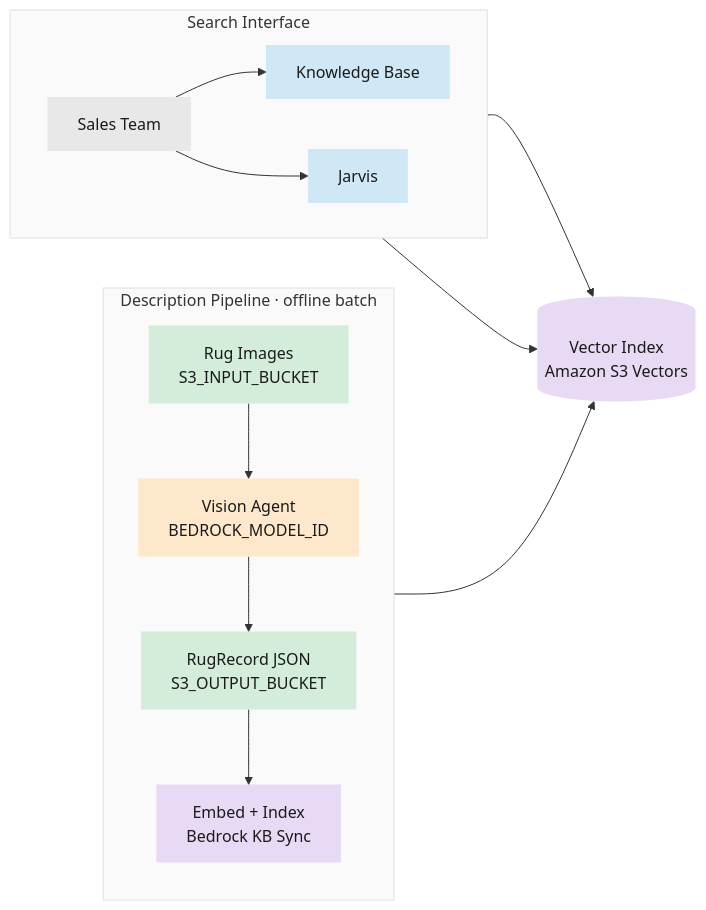
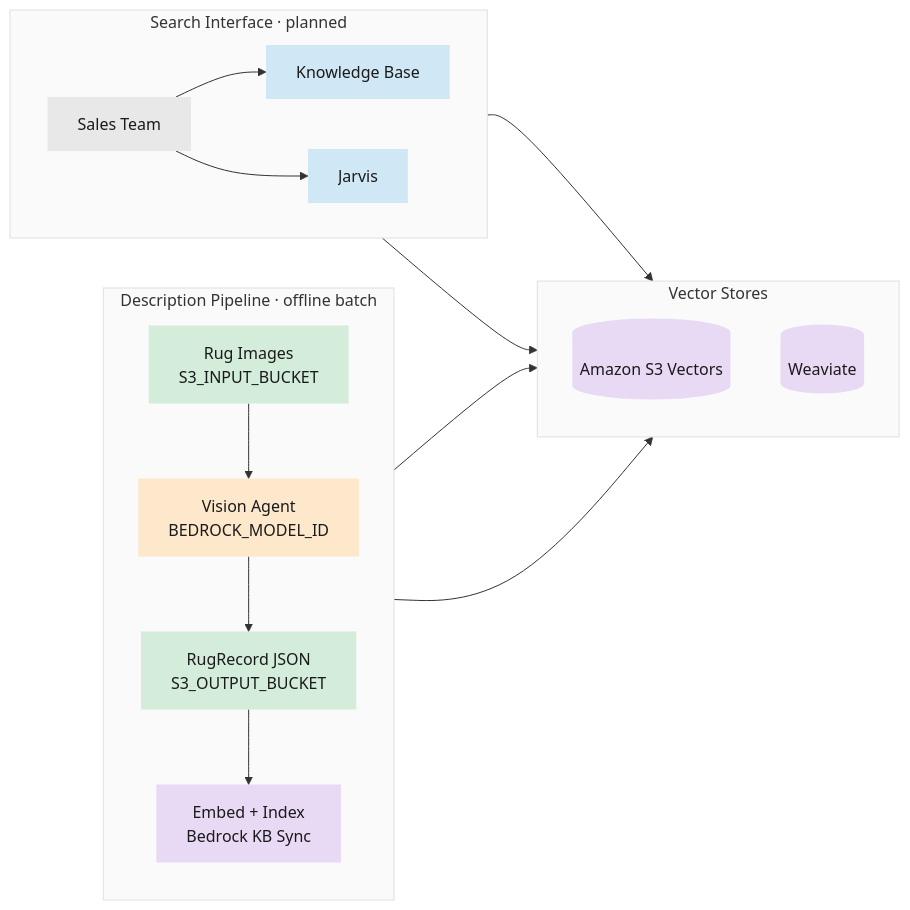
The diagram in docs/architecture.md (c0nfitty/Ascending), drawn with Mermaid before and after one commit. The commit also changed other lines of this file, not shown here.

Commit message:
Update diagram

````diff
--- a/docs/architecture.md
+++ b/docs/architecture.md
@@ -7,27 +7,36 @@
 ```mermaid
 flowchart LR
     classDef storage fill:#d4edda,stroke:none,color:#1a1a1a
     classDef model fill:#fde8cc,stroke:none,color:#1a1a1a
     classDef embed fill:#e8daf5,stroke:none,color:#1a1a1a
     classDef iface fill:#d0e8f5,stroke:none,color:#1a1a1a
     classDef person fill:#e8e8e8,stroke:none,color:#1a1a1a
 
     subgraph PIPELINE["Description Pipeline · offline batch"]
         direction TB
         IMG["Rug Images<br/>S3_INPUT_BUCKET"]:::storage --> AGENT["Vision Agent<br/>BEDROCK_MODEL_ID"]:::model
         AGENT --> JSON["RugRecord JSON<br/>S3_OUTPUT_BUCKET"]:::storage
         JSON --> EMBED["Embed + Index<br/>Bedrock KB Sync"]:::embed
     end
 
-    EMBED --> VS[("Vector Index<br/>Amazon S3 Vectors")]:::embed
+    subgraph STORES["Vector Stores"]
+        direction TB
+        VS[("Amazon S3 Vectors")]:::embed
+        WV[("Weaviate")]:::embed
+    end
 
-    subgraph SEARCH["Search Interface"]
+    EMBED --> VS
+    JSON --> WV
+
+    subgraph SEARCH["Search Interface · planned"]
         direction LR
         USER["Sales Team"]:::person --> KB["Knowledge Base"]:::iface & JARVIS["Jarvis"]:::iface
     end
 
-    KB & JARVIS --> VS
+    KB --> VS
+    JARVIS --> WV
 
     style PIPELINE fill:#fafafa,stroke:#e0e0e0,stroke-width:1px
+    style STORES fill:#fafafa,stroke:#e0e0e0,stroke-width:1px
     style SEARCH fill:#fafafa,stroke:#e0e0e0,stroke-width:1px
 ```
````
